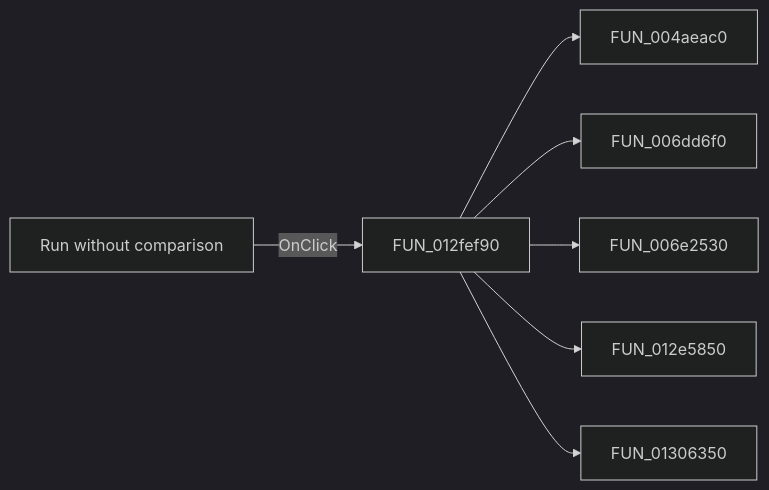
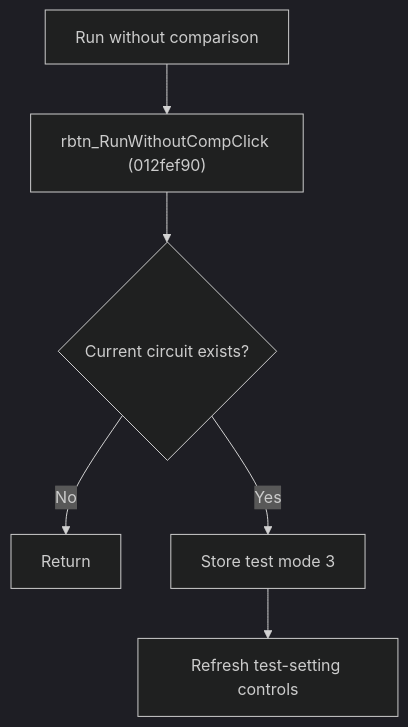
One commit to MovGP0/TIARA changed the diagram in docs/ui-controls/frmmodeltestbencheditor/rbtn-runwithoutcomp-f13e7ceed6.md. Above: the diagram before and after it, drawn with Mermaid (dark theme). The commit also changed other lines of this file and 387 other files, not shown here.

````diff
--- a/docs/ui-controls/frmmodeltestbencheditor/rbtn-runwithoutcomp-f13e7ceed6.md
+++ b/docs/ui-controls/frmmodeltestbencheditor/rbtn-runwithoutcomp-f13e7ceed6.md
@@ -27,9 +28,8 @@
 ```mermaid
-flowchart LR
-    control["Run without comparison"] -->|OnClick| handler["FUN_012fef90"]
-    handler --> call1["FUN_004aeac0"]
-    handler --> call2["FUN_006dd6f0"]
-    handler --> call3["FUN_006e2530"]
-    handler --> call4["FUN_012e5850"]
-    handler --> call5["FUN_01306350"]
+flowchart TD
+    control["Run without comparison"] --> handler["rbtn_RunWithoutCompClick (012fef90)"]
+    handler --> valid{"Current circuit exists?"}
+    valid -->|No| stop["Return"]
+    valid -->|Yes| mode["Store test mode 3"]
+    mode --> refresh["Refresh test-setting controls"]
 ```
````
